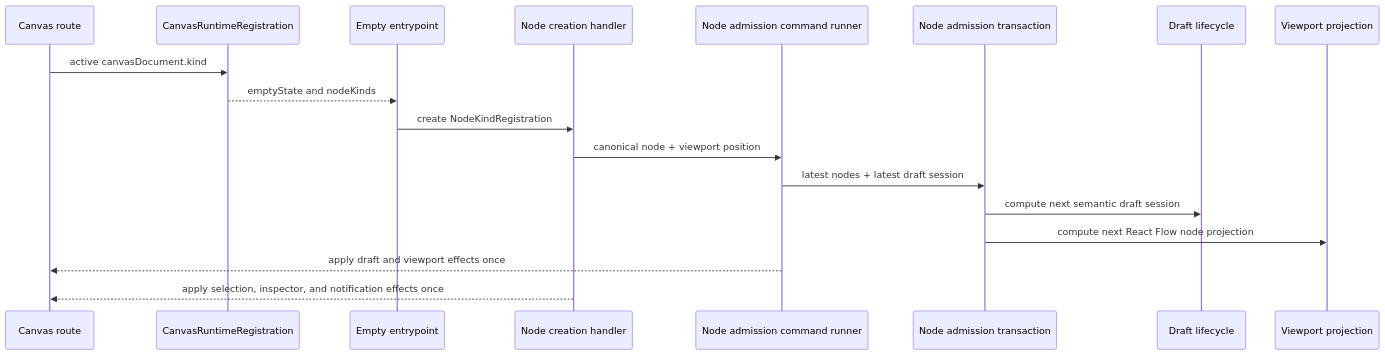
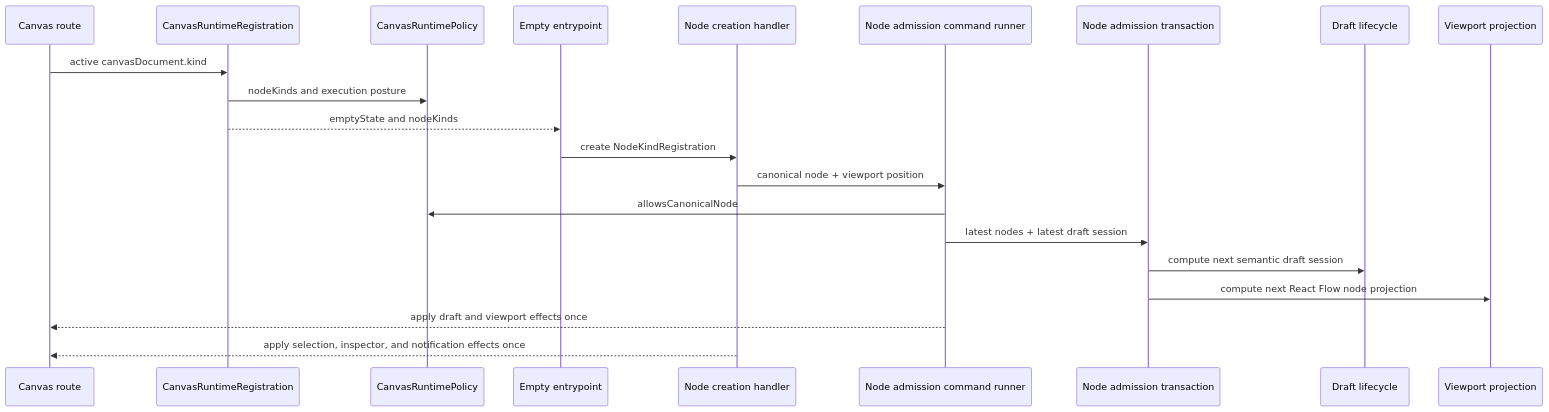
Before and after one commit to dunay2/dvt: the third of 3 diagrams in docs/architecture/components/web/graph/canvas-empty-authoring-entrypoint-component.md, drawn with Mermaid. The commit also changed other lines of this file and 25 other files, not shown here.

Commit message:
fix(web): Route Canvas commands through runtime policy

````diff
--- a/docs/architecture/components/web/graph/canvas-empty-authoring-entrypoint-component.md
+++ b/docs/architecture/components/web/graph/canvas-empty-authoring-entrypoint-component.md
@@ -112,21 +119,24 @@
 ```mermaid
 sequenceDiagram
   participant Route as Canvas route
   participant Runtime as CanvasRuntimeRegistration
+  participant Policy as CanvasRuntimePolicy
   participant Empty as Empty entrypoint
   participant Handler as Node creation handler
   participant Runner as Node admission command runner
   participant Tx as Node admission transaction
   participant Draft as Draft lifecycle
   participant View as Viewport projection
 
   Route->>Runtime: active canvasDocument.kind
+  Runtime->>Policy: nodeKinds and execution posture
   Runtime-->>Empty: emptyState and nodeKinds
   Empty->>Handler: create NodeKindRegistration
   Handler->>Runner: canonical node + viewport position
+  Runner->>Policy: allowsCanonicalNode
   Runner->>Tx: latest nodes + latest draft session
   Tx->>Draft: compute next semantic draft session
   Tx->>View: compute next React Flow node projection
   Runner-->>Route: apply draft and viewport effects once
   Handler-->>Route: apply selection, inspector, and notification effects once
 ```
````
